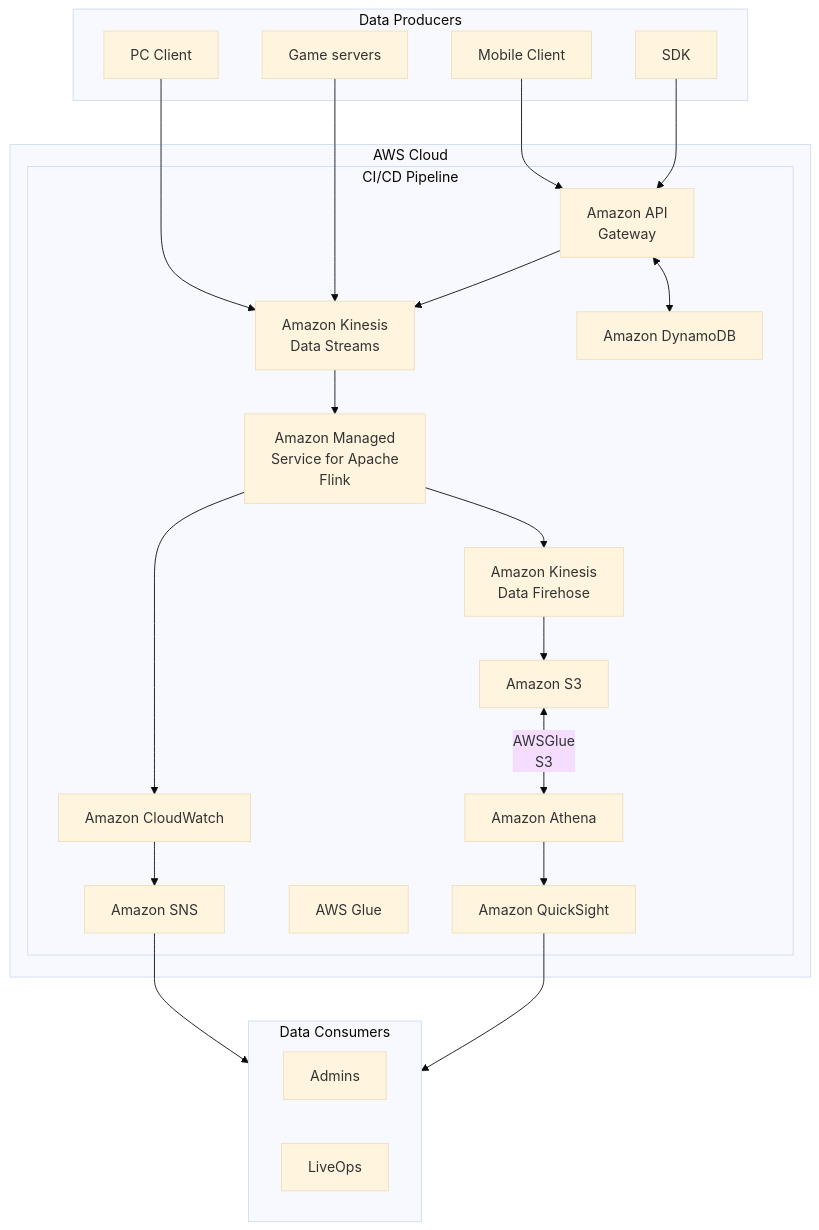
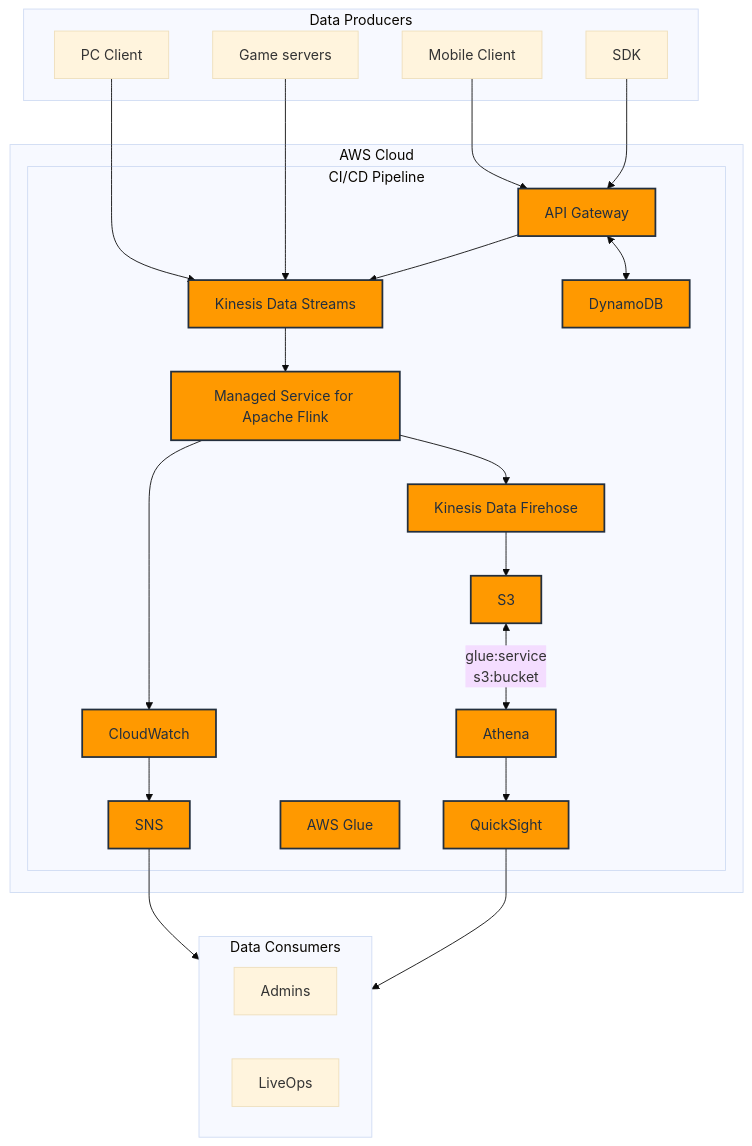
One commit to jwalsh/aws-architecture-decomposition-lab changed the diagram in diagrams/game_analytics_pipeline.mmd. Above: the diagram before and after it, drawn with Mermaid (base theme). The commit also changed 6 other files, not shown here.

```diff
--- a/diagrams/game_analytics_pipeline.mmd
+++ b/diagrams/game_analytics_pipeline.mmd
@@ -1,47 +1,46 @@
 graph TD
     subgraph DataProducers ["Data Producers"]
         PC["PC Client"]
         GameServers["Game servers"]
         MobileClient["Mobile Client"]
         SDK["SDK"]
     end
-
     subgraph AWSCloud ["AWS Cloud"]
         subgraph CICD ["CI/CD Pipeline"]
-            Kinesis["Amazon Kinesis\nData Streams"]
-            ApacheFlink["Amazon Managed\nService for Apache\nFlink"]
-            CloudWatch["Amazon CloudWatch"]
-            SNS["Amazon SNS"]
-            APIGateway["Amazon API\nGateway"]
-            DynamoDB["Amazon DynamoDB"]
-            KinesisFirehose["Amazon Kinesis\nData Firehose"]
-            S3["Amazon S3"]
-            AWSGlue["AWS Glue"]
-            Athena["Amazon Athena"]
-            QuickSight["Amazon QuickSight"]
+            kinesis:streams["Kinesis Data Streams"]
+            flink:service["Managed Service for Apache Flink"]
+            cloudwatch:monitoring["CloudWatch"]
+            sns:notifications["SNS"]
+            apigateway:api["API Gateway"]
+            dynamodb:table["DynamoDB"]
+            kinesis:firehose["Kinesis Data Firehose"]
+            s3:bucket["S3"]
+            glue:service["AWS Glue"]
+            athena:query["Athena"]
+            quicksight:analytics["QuickSight"]
         end
     end
-
     subgraph DataConsumers ["Data Consumers"]
         Admins["Admins"]
         LiveOps["LiveOps"]
     end
+    PC --> kinesis:streams
+    GameServers --> kinesis:streams
+    MobileClient --> apigateway:api
+    SDK --> apigateway:api
+    apigateway:api <--> dynamodb:table
+    apigateway:api --> kinesis:streams
+    kinesis:streams --> flink:service
+    flink:service --> cloudwatch:monitoring
+    cloudwatch:monitoring --> sns:notifications
+    flink:service --> kinesis:firehose
+    kinesis:firehose --> s3:bucket
+    s3:bucket <-- glue:service
+    s3:bucket --> athena:query
+    athena:query --> quicksight:analytics
+    
+    sns:notifications --> DataConsumers
+    quicksight:analytics --> DataConsumers
 
-    PC --> Kinesis
-    GameServers --> Kinesis
-    MobileClient --> APIGateway
-    SDK --> APIGateway
-
-    APIGateway <--> DynamoDB
-    APIGateway --> Kinesis
-    Kinesis --> ApacheFlink
-    ApacheFlink --> CloudWatch
-    CloudWatch --> SNS
-    ApacheFlink --> KinesisFirehose
-    KinesisFirehose --> S3
-    S3 <-- AWSGlue
-    S3 --> Athena
-    Athena --> QuickSight
-    
-    SNS --> DataConsumers
-    QuickSight --> DataConsumers
+    classDef aws fill:#FF9900,stroke:#232F3E,stroke-width:2px,color:#232F3E;
+    class kinesis:streams,flink:service,cloudwatch:monitoring,sns:notifications,apigateway:api,dynamodb:table,kinesis:firehose,s3:bucket,glue:service,athena:query,quicksight:analytics aws;
```
